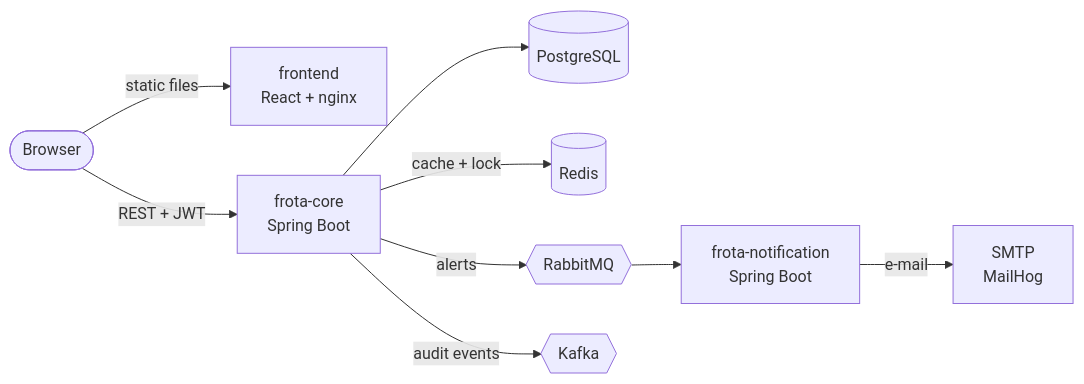
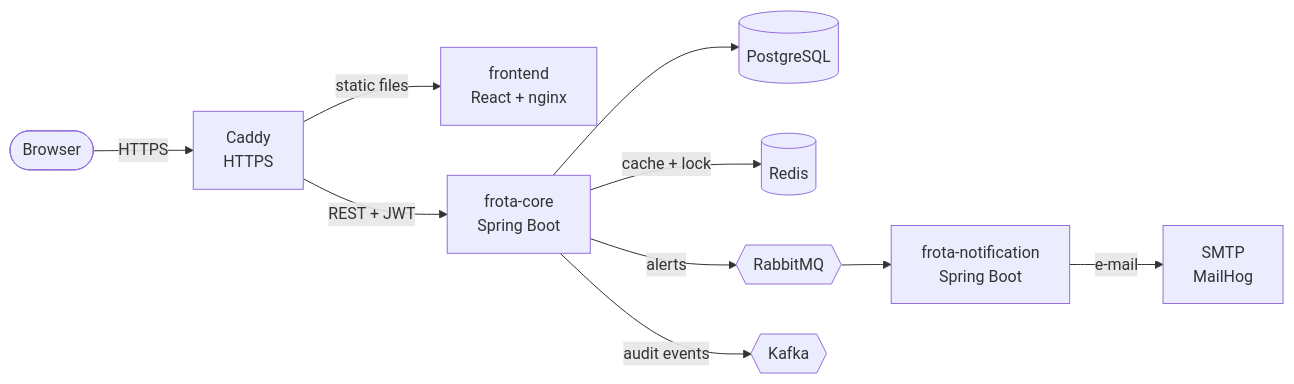
Before and after one commit to carlosegzm/SIGEFROTA: the diagram in README.md, drawn with Mermaid. The commit also changed other lines of this file and 1 other file, not shown here.

Commit message:
docs: update links and architecture for HTTPS domain

````diff
--- a/README.md
+++ b/README.md
@@ -134,21 +134,23 @@
 ```mermaid
 flowchart LR
     User([Browser])
+    Proxy[Caddy<br/>HTTPS]
     FE[frontend<br/>React + nginx]
     Core[frota-core<br/>Spring Boot]
     Notif[frota-notification<br/>Spring Boot]
     PG[(PostgreSQL)]
     Redis[(Redis)]
     RMQ{{RabbitMQ}}
     Kafka{{Kafka}}
     Mail[SMTP<br/>MailHog]
 
-    User -->|static files| FE
-    User -->|REST + JWT| Core
+    User -->|HTTPS| Proxy
+    Proxy -->|static files| FE
+    Proxy -->|REST + JWT| Core
     Core --> PG
     Core -->|cache + lock| Redis
     Core -->|alerts| RMQ
     Core -->|audit events| Kafka
     RMQ --> Notif
     Notif -->|e-mail| Mail
 ```
````
